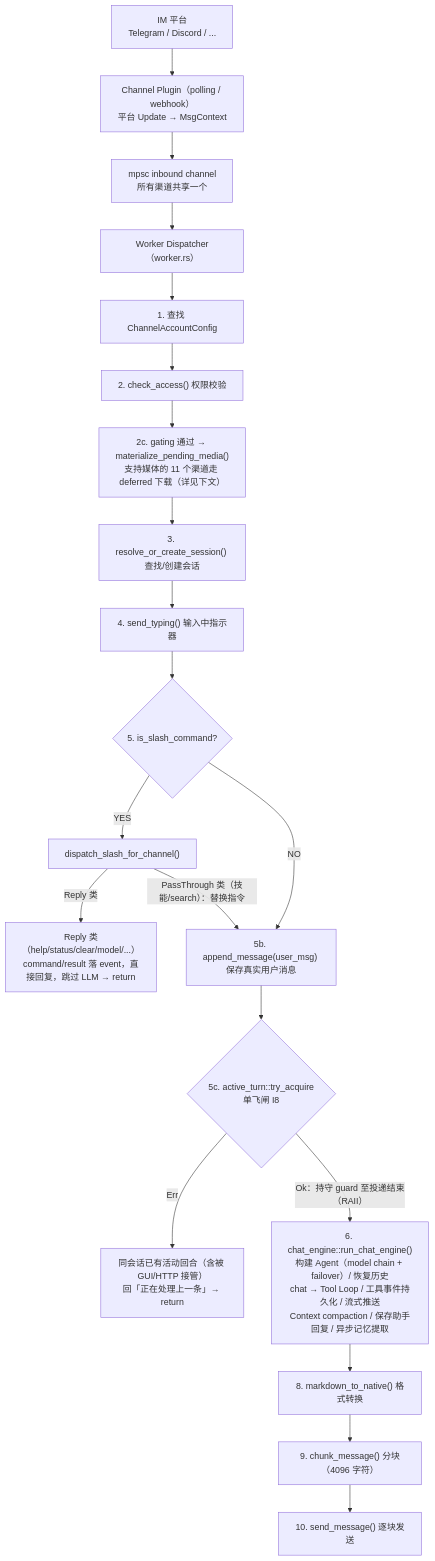
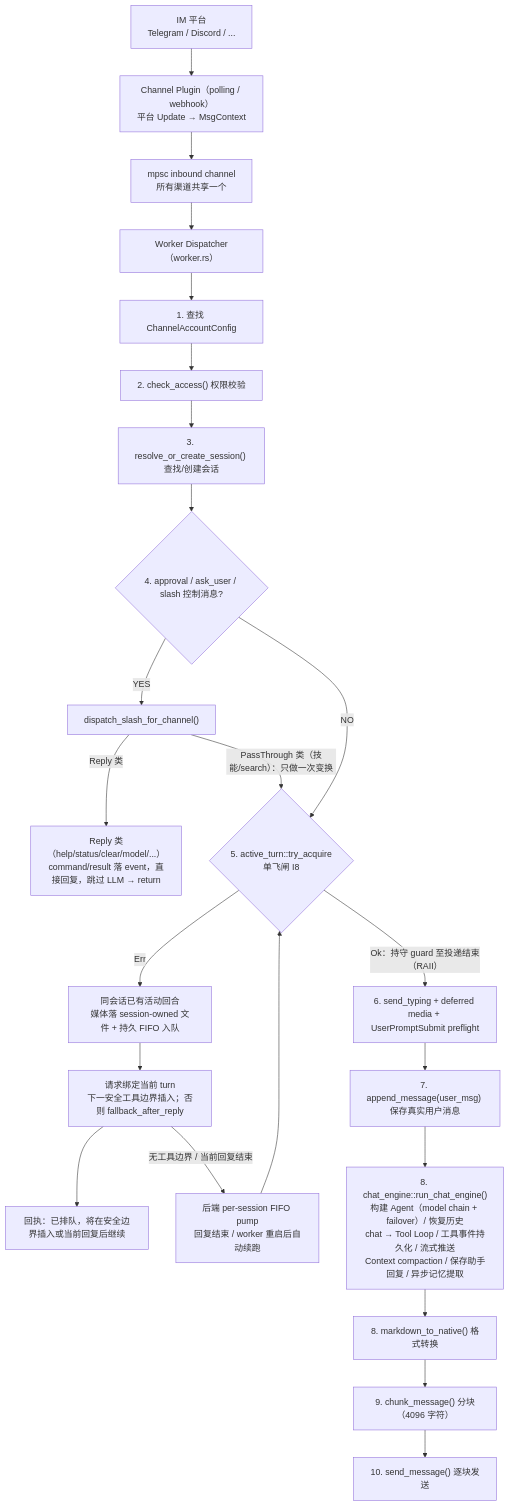
One commit to shiwenwen/hope-agent changed the second of 8 diagrams in docs/architecture/im-channel.md. Above: the diagram before and after it, drawn with Mermaid. The commit also changed other lines of this file and 29 other files, not shown here.

Commit message:
🦭 fix: make IM turn delivery durable and FIFO

````diff
--- a/docs/architecture/im-channel.md
+++ b/docs/architecture/im-channel.md
@@ -375,32 +375,34 @@
 ```mermaid
 flowchart TD
     IM["IM 平台<br/>Telegram / Discord / ..."]
     PLUG["Channel Plugin（polling / webhook）<br/>平台 Update → MsgContext"]
     MPSC["mpsc inbound channel<br/>所有渠道共享一个"]
     WORKER["Worker Dispatcher（worker.rs）"]
     S1["1. 查找 ChannelAccountConfig"]
     S2["2. check_access() 权限校验"]
-    S2c["2c. gating 通过 → materialize_pending_media()<br/>支持媒体的 11 个渠道走 deferred 下载（详见下文）"]
     S3["3. resolve_or_create_session() 查找/创建会话"]
-    S4["4. send_typing() 输入中指示器"]
-    D5{"5. is_slash_command?"}
+    D5{"4. approval / ask_user / slash 控制消息?"}
     SLASH["dispatch_slash_for_channel()"]
     REPLY["Reply 类（help/status/clear/model/...）<br/>command/result 落 event，直接回复，跳过 LLM → return"]
-    S5b["5b. append_message(user_msg) 保存真实用户消息"]
-    D5c{"5c. active_turn::try_acquire<br/>单飞闸 I8"}
-    BUSY["同会话已有活动回合（含被 GUI/HTTP 接管）<br/>回「正在处理上一条」→ return"]
-    ENGINE["6. chat_engine::run_chat_engine()<br/>构建 Agent（model chain + failover）/ 恢复历史<br/>chat → Tool Loop / 工具事件持久化 / 流式推送<br/>Context compaction / 保存助手回复 / 异步记忆提取"]
+    D5c{"5. active_turn::try_acquire<br/>单飞闸 I8"}
+    BUSY["同会话已有活动回合<br/>媒体落 session-owned 文件 + 持久 FIFO 入队"]
+    INSERT["请求绑定当前 turn<br/>下一安全工具边界插入；否则 fallback_after_reply"]
+    ACK["回执：已排队，将在安全边界插入或当前回复后继续"]
+    PUMP["后端 per-session FIFO pump<br/>回复结束 / worker 重启后自动续跑"]
+    S4["6. send_typing + deferred media + UserPromptSubmit preflight"]
+    S5b["7. append_message(user_msg) 保存真实用户消息"]
+    ENGINE["8. chat_engine::run_chat_engine()<br/>构建 Agent（model chain + failover）/ 恢复历史<br/>chat → Tool Loop / 工具事件持久化 / 流式推送<br/>Context compaction / 保存助手回复 / 异步记忆提取"]
     S8["8. markdown_to_native() 格式转换"]
     S9["9. chunk_message() 分块（4096 字符）"]
     S10["10. send_message() 逐块发送"]
 
-    IM --> PLUG --> MPSC --> WORKER --> S1 --> S2 --> S2c --> S3 --> S4 --> D5
+    IM --> PLUG --> MPSC --> WORKER --> S1 --> S2 --> S3 --> D5
     D5 -->|"YES"| SLASH
     SLASH -->|"Reply 类"| REPLY
-    SLASH -->|"PassThrough 类（技能/search）：替换指令"| S5b
-    D5 -->|"NO"| S5b
-    S5b --> D5c
-    D5c -->|"Err"| BUSY
-    D5c -->|"Ok：持守 guard 至投递结束（RAII）"| ENGINE
+    SLASH -->|"PassThrough 类（技能/search）：只做一次变换"| D5c
+    D5 -->|"NO"| D5c
+    D5c -->|"Err"| BUSY --> INSERT --> ACK
+    INSERT -->|"无工具边界 / 当前回复结束"| PUMP --> D5c
+    D5c -->|"Ok：持守 guard 至投递结束（RAII）"| S4 --> S5b --> ENGINE
     ENGINE --> S8 --> S9 --> S10
 ```
````
